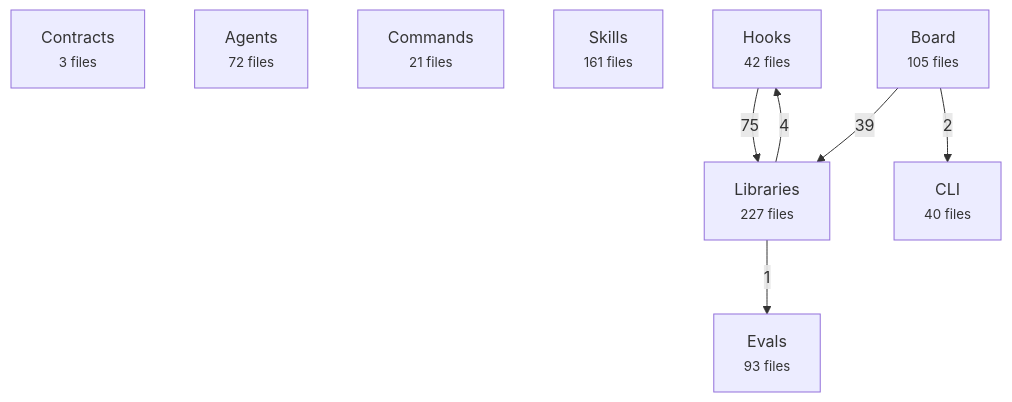
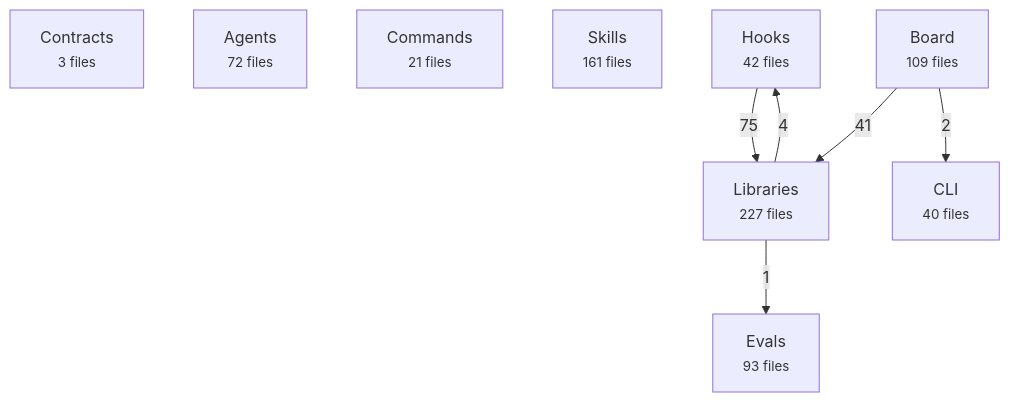
Before and after one commit to avelikiy/great_cto: the first of 2 diagrams in docs/reference/architecture-map.md, drawn with Mermaid. The commit also changed other lines of this file and 10 other files, not shown here.

````diff
--- a/docs/reference/architecture-map.md
+++ b/docs/reference/architecture-map.md
@@ -20,17 +20,17 @@
 ```mermaid
 flowchart TD
   contracts["Contracts<br/><small>3 files</small>"]
   agents["Agents<br/><small>72 files</small>"]
   commands["Commands<br/><small>21 files</small>"]
   skills["Skills<br/><small>161 files</small>"]
   hooks["Hooks<br/><small>42 files</small>"]
   libs["Libraries<br/><small>227 files</small>"]
-  board["Board<br/><small>105 files</small>"]
+  board["Board<br/><small>109 files</small>"]
   cli["CLI<br/><small>40 files</small>"]
   evals["Evals<br/><small>93 files</small>"]
   hooks -->|75| libs
-  board -->|39| libs
+  board -->|41| libs
   libs -->|4| hooks
   board -->|2| cli
   libs -->|1| evals
 ```
````
